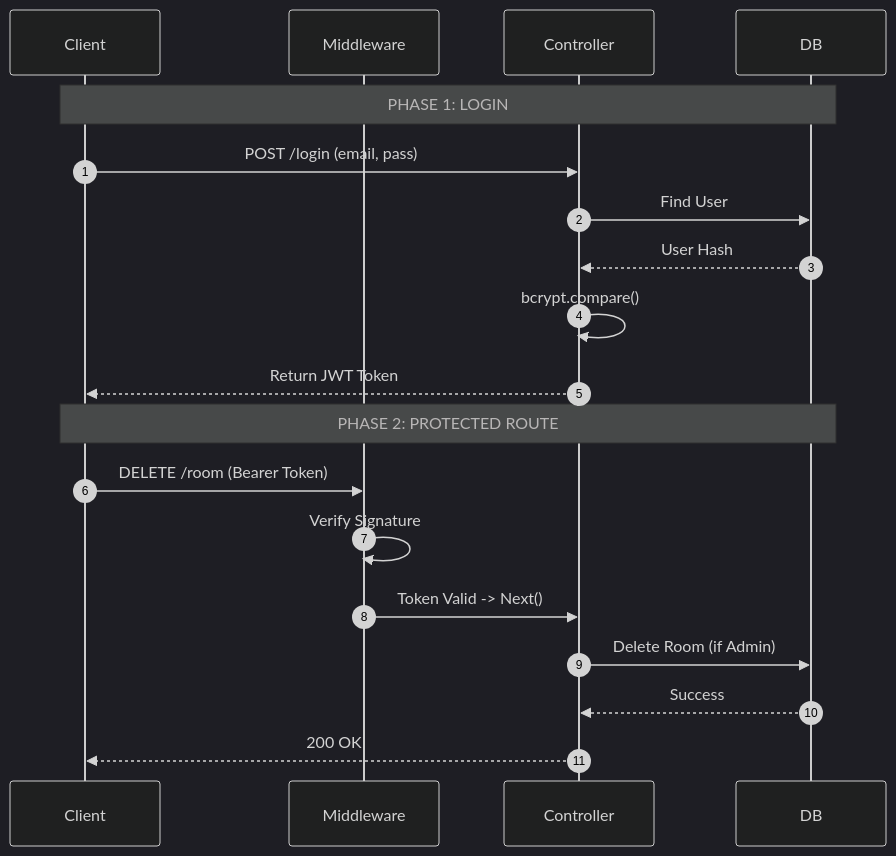
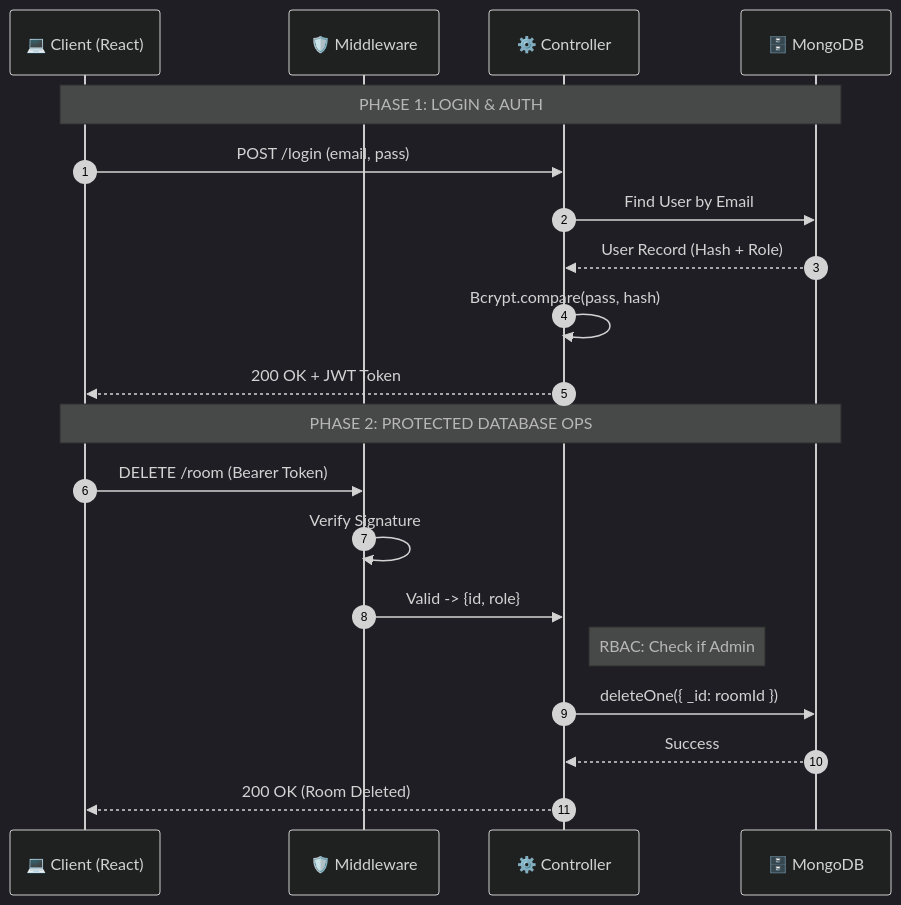
The second of 3 diagrams in README.md (Abhi0505-kinagi/InterviewXp), drawn with Mermaid (dark theme) before and after one commit. The commit also changed other lines of this file, not shown here.

````diff
--- a/README.md
+++ b/README.md
@@ -195,24 +196,26 @@
 ```mermaid
 sequenceDiagram
     autonumber
-    participant Client
-    participant Middleware
-    participant Controller
-    participant DB
+    participant Client as 💻 Client (React)
+    participant Mid as 🛡️ Middleware
+    participant Control as ⚙️ Controller
+    participant DB as 🗄️ MongoDB
 
-    Note over Client, DB: PHASE 1: LOGIN
-    Client->>Controller: POST /login (email, pass)
-    Controller->>DB: Find User
-    DB-->>Controller: User Hash
-    Controller->>Controller: bcrypt.compare()
-    Controller-->>Client: Return JWT Token
+    Note over Client, DB: PHASE 1: LOGIN & AUTH
+    Client->>Control: POST /login (email, pass)
+    Control->>DB: Find User by Email
+    DB-->>Control: User Record (Hash + Role)
+    Control->>Control: Bcrypt.compare(pass, hash)
+    Control-->>Client: 200 OK + JWT Token
 
-    Note over Client, DB: PHASE 2: PROTECTED ROUTE
-    Client->>Middleware: DELETE /room (Bearer Token)
-    Middleware->>Middleware: Verify Signature
-    Middleware->>Controller: Token Valid -> Next()
-    Controller->>DB: Delete Room (if Admin)
-    DB-->>Controller: Success
-    Controller-->>Client: 200 OK
+    Note over Client, DB: PHASE 2: PROTECTED DATABASE OPS
+    Client->>Mid: DELETE /room (Bearer Token)
+    Mid->>Mid: Verify Signature
+    Mid->>Control: Valid -> {id, role}
+    
+    Note right of Control: RBAC: Check if Admin
+    Control->>DB: deleteOne({ _id: roomId })
+    DB-->>Control: Success
+    Control-->>Client: 200 OK (Room Deleted)
 
 ```
````
